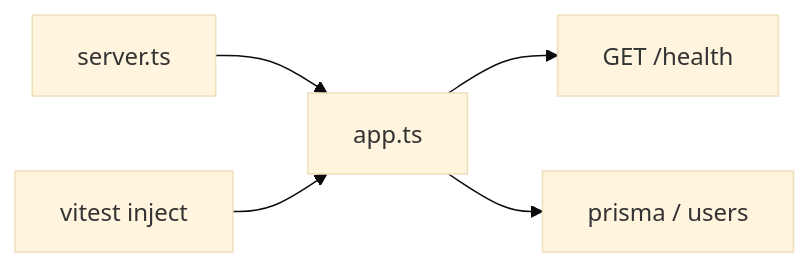
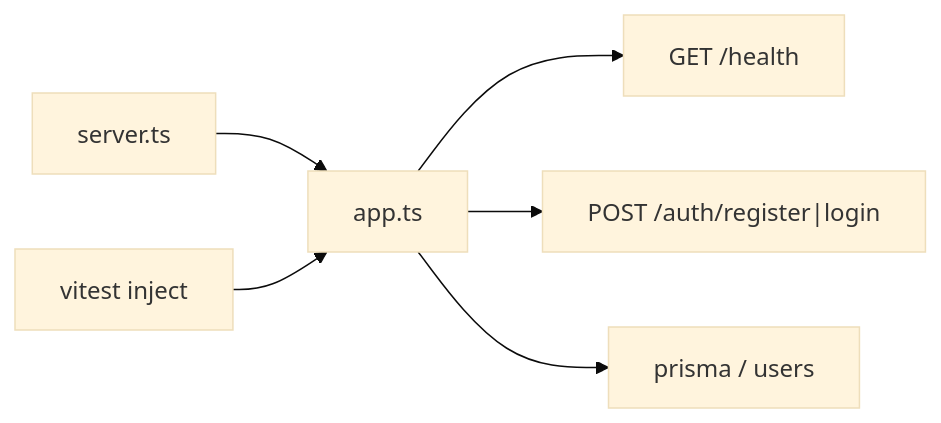
One commit to gabriellopessdev/linky changed the diagram in docs/ROADMAP.md. Above: the diagram before and after it, drawn with Mermaid (base theme). The commit also changed other lines of this file and 9 other files, not shown here.

First line of the commit message:
feat: auth register and login with access JWT (#7)

````diff
--- a/docs/ROADMAP.md
+++ b/docs/ROADMAP.md
@@ -32,7 +32,8 @@
 ```mermaid
 flowchart LR
   S[server.ts] --> A[app.ts]
   A --> H["GET /health"]
+  A --> Auth["POST /auth/register|login"]
   A --> DB[prisma / users]
   T[vitest inject] --> A
 ```
````
